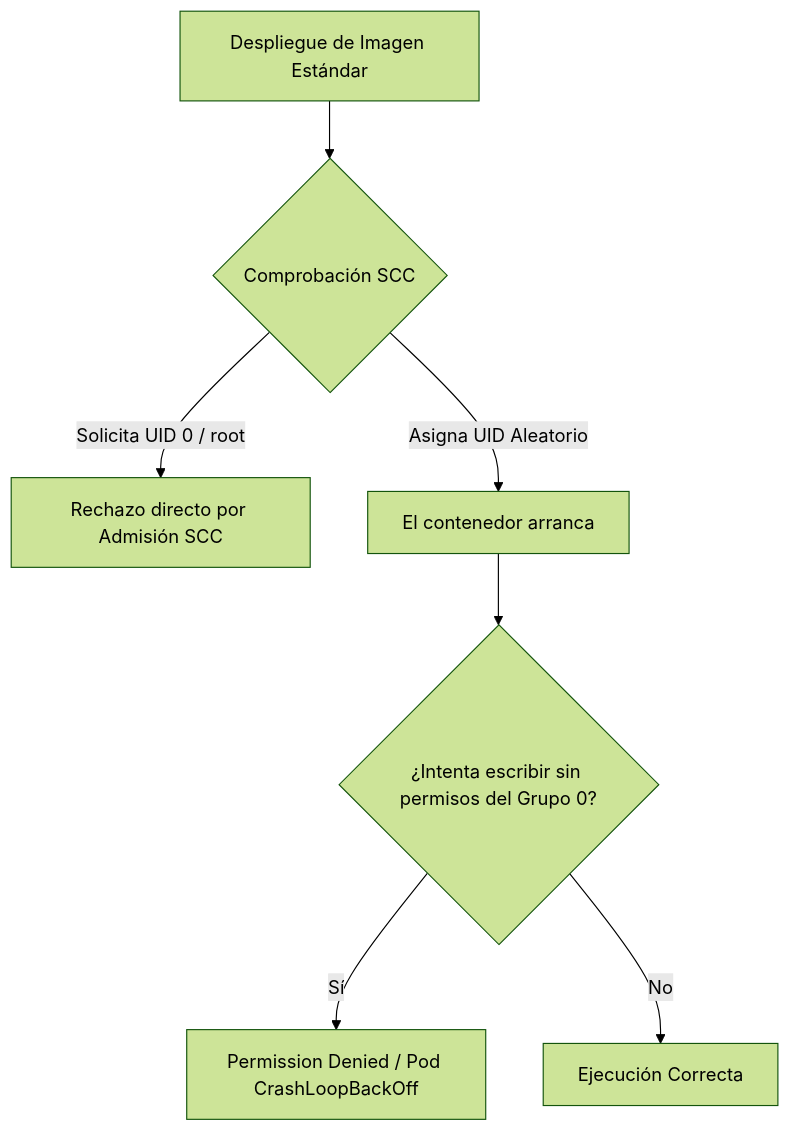
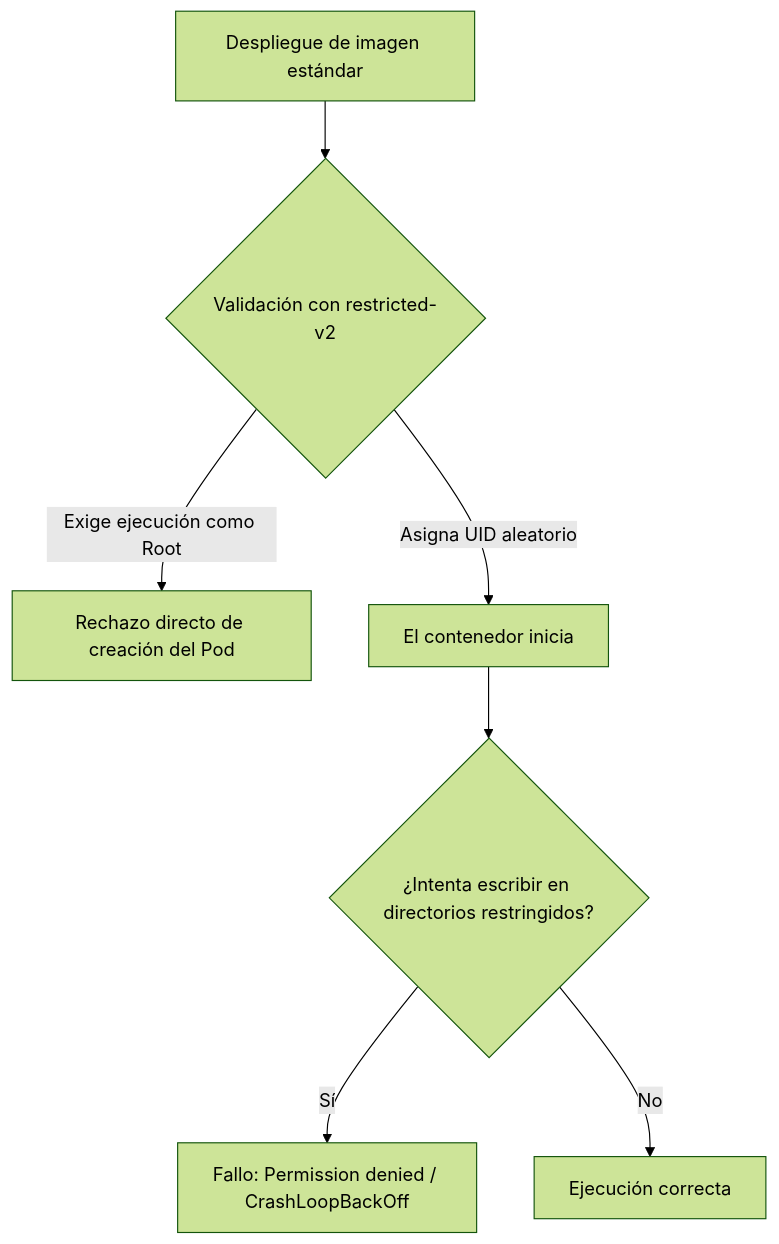
The third of 4 diagrams in docs/sesion2/2.6 Politicas de Seguridad.md (ieftraining/curso-openshift), drawn with Mermaid (forest theme) before and after one commit. The commit also changed other lines of this file, not shown here.

````diff
--- a/docs/sesion2/2.6 Politicas de Seguridad.md
+++ b/docs/sesion2/2.6 Politicas de Seguridad.md
@@ -64,9 +86,9 @@
 ```mermaid
 flowchart TD
-    A[Despliegue de Imagen Estándar] --> B{Comprobación SCC}
-    B -- Solicita UID 0 / root --> C[Rechazo directo por Admisión SCC]
-    B -- Asigna UID Aleatorio --> D[El contenedor arranca]
-    D --> E{¿Intenta escribir sin permisos del Grupo 0?}
-    E -- Sí --> F[Permission Denied / Pod CrashLoopBackOff]
-    E -- No --> G[Ejecución Correcta]
+    A[Despliegue de imagen estándar] --> B{Validación con restricted-v2}
+    B -- Exige ejecución como Root --> C[Rechazo directo de creación del Pod]
+    B -- Asigna UID aleatorio --> D[El contenedor inicia]
+    D --> E{¿Intenta escribir en directorios restringidos?}
+    E -- Sí --> F[Fallo: Permission denied / CrashLoopBackOff]
+    E -- No --> G[Ejecución correcta]
 ```
````
